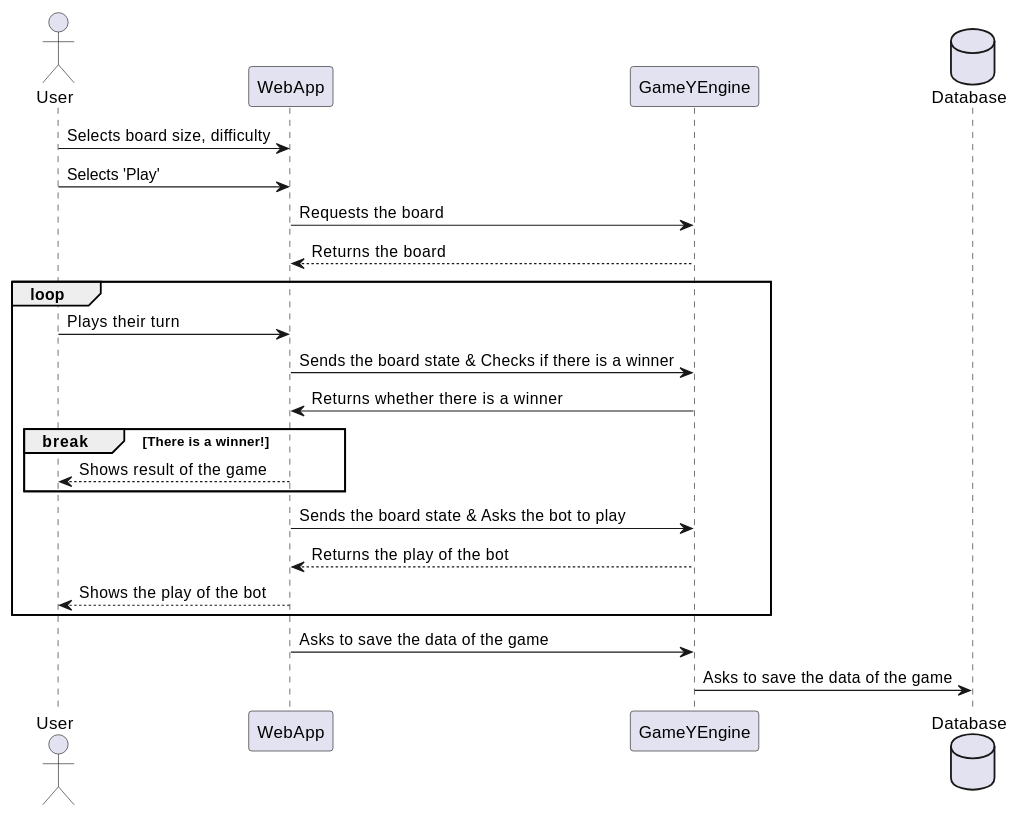
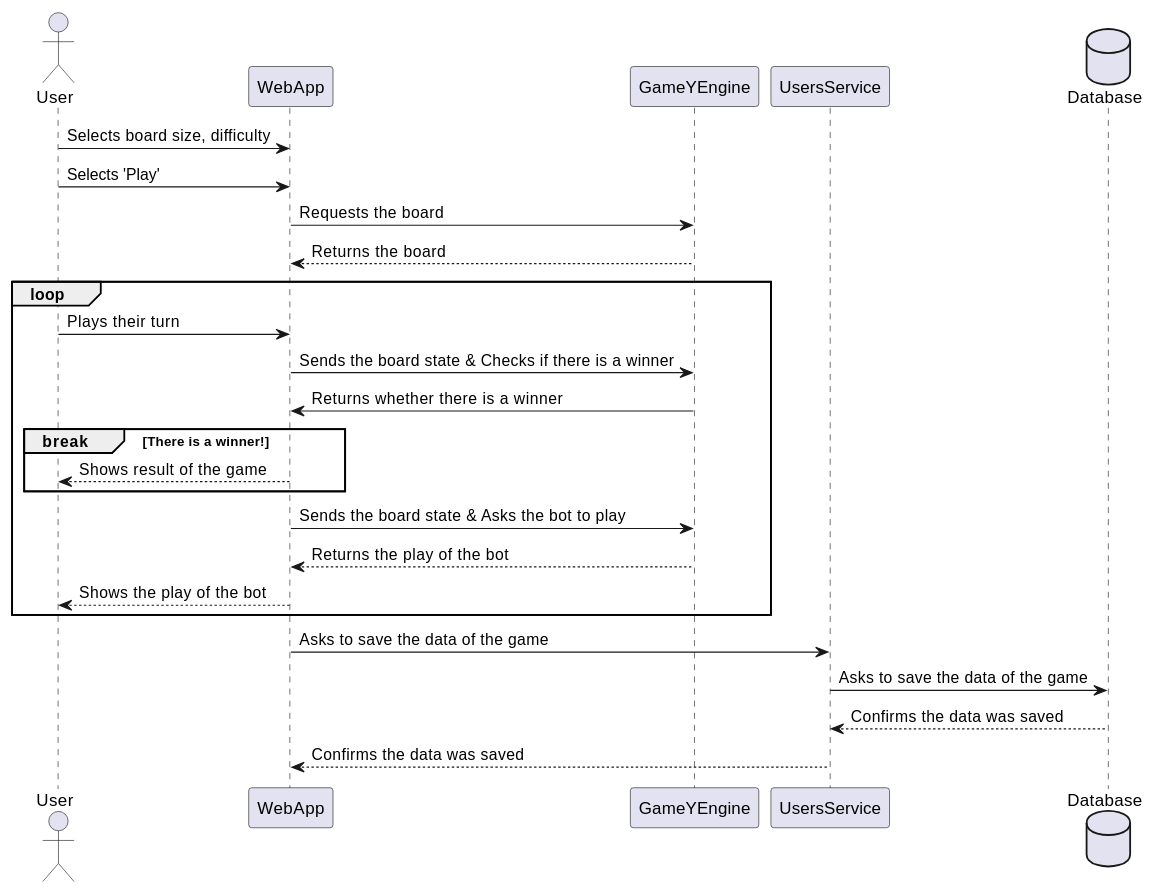
The second of 3 diagrams in docs/src/06_runtime_view.adoc (Arquisoft/yovi_en3b), drawn with PlantUML before and after one commit. The commit also changed other lines of this file and 2 other files, not shown here.

```diff
--- a/docs/src/06_runtime_view.adoc
+++ b/docs/src/06_runtime_view.adoc
@@ -36,29 +37,32 @@
 [plantuml,"Game",png]
 ----
 @startuml
 actor User
 participant WebApp
 participant GameYEngine
+participant UsersService
 database Database
 
 User -> WebApp: Selects board size, difficulty
 User -> WebApp: Selects 'Play'
 WebApp -> GameYEngine: Requests the board
 GameYEngine --> WebApp: Returns the board
 
 loop
     User -> WebApp: Plays their turn
     WebApp -> GameYEngine: Sends the board state & Checks if there is a winner
     GameYEngine -> WebApp: Returns whether there is a winner
     break There is a winner!
         WebApp --> User: Shows result of the game
     end
     WebApp -> GameYEngine: Sends the board state & Asks the bot to play
     GameYEngine --> WebApp: Returns the play of the bot 
     WebApp --> User: Shows the play of the bot
 end
 
-WebApp -> GameYEngine: Asks to save the data of the game
-GameYEngine -> Database: Asks to save the data of the game
+WebApp -> UsersService: Asks to save the data of the game
+UsersService -> Database: Asks to save the data of the game
+Database --> UsersService: Confirms the data was saved
+UsersService --> WebApp: Confirms the data was saved
 @enduml
 ----
```
